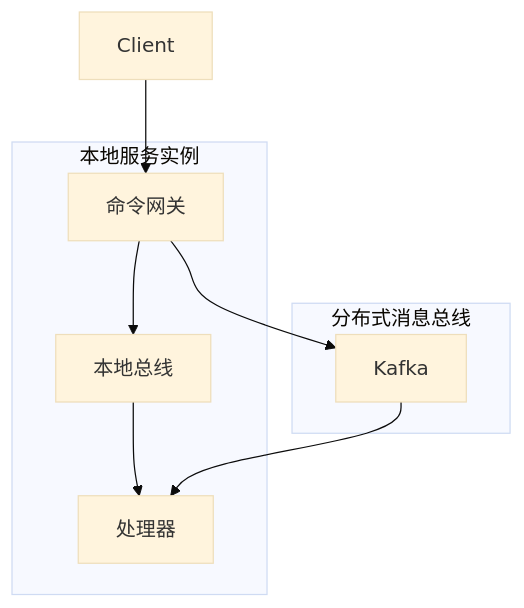
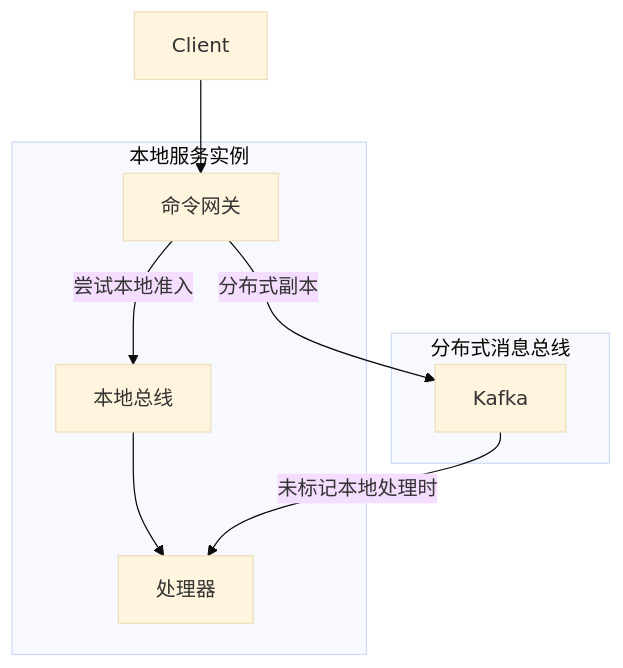
The diagram in documentation/docs/zh/reference/config/core.md (Ahoo-Wang/Wow), drawn with Mermaid (base theme) before and after one commit. The commit also changed other lines of this file and 39 other files, not shown here.

````diff
--- a/documentation/docs/zh/reference/config/core.md
+++ b/documentation/docs/zh/reference/config/core.md
@@ -57,18 +57,18 @@
 ```mermaid
 flowchart TB
     subgraph Local["本地服务实例"]
         CG[命令网关]
         LocalBus[本地总线]
         Processor[处理器]
     end
 
     subgraph Distributed["分布式消息总线"]
         Kafka[Kafka]
     end
 
     Client --> CG
-    CG --> LocalBus
-    CG --> Kafka
+    CG -->|尝试本地准入| LocalBus
+    CG -->|分布式副本| Kafka
     LocalBus --> Processor
-    Kafka --> Processor
+    Kafka -->|未标记本地处理时| Processor
 ```
````
